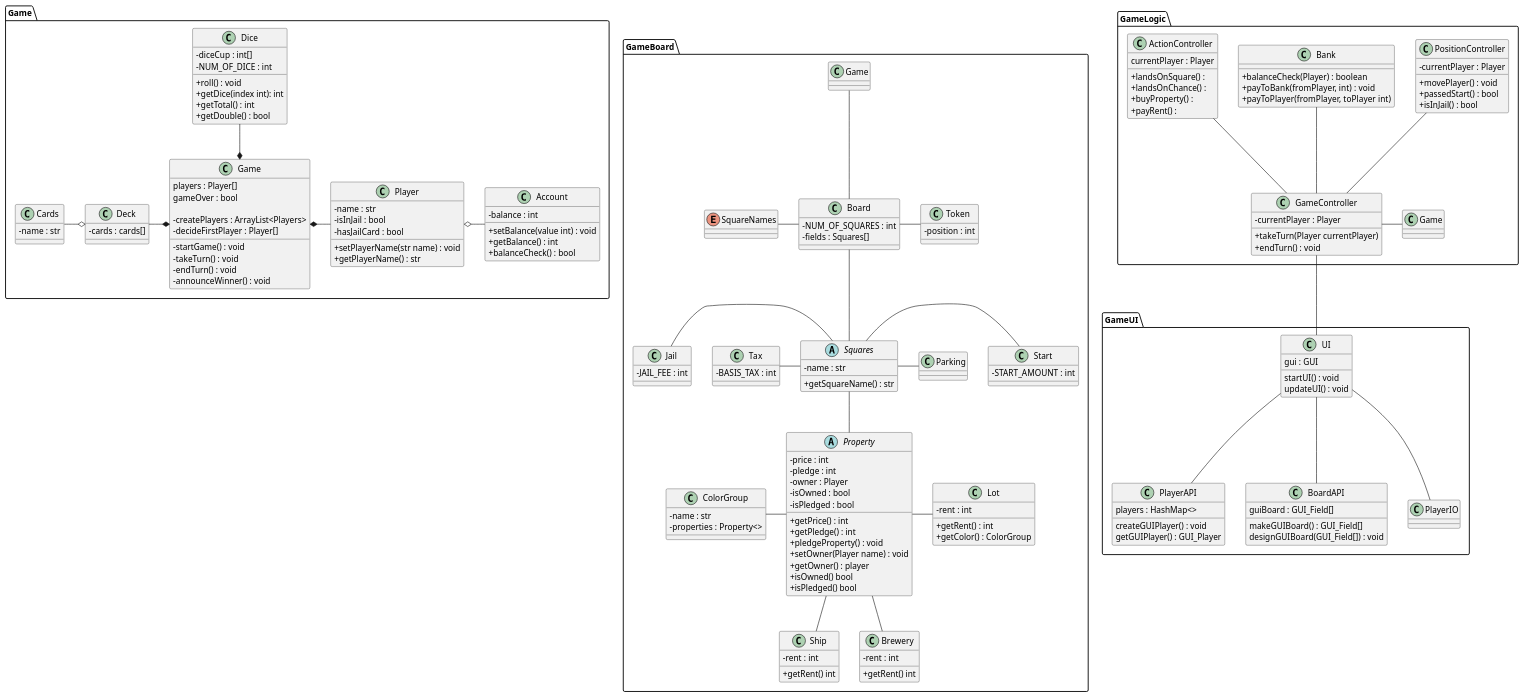
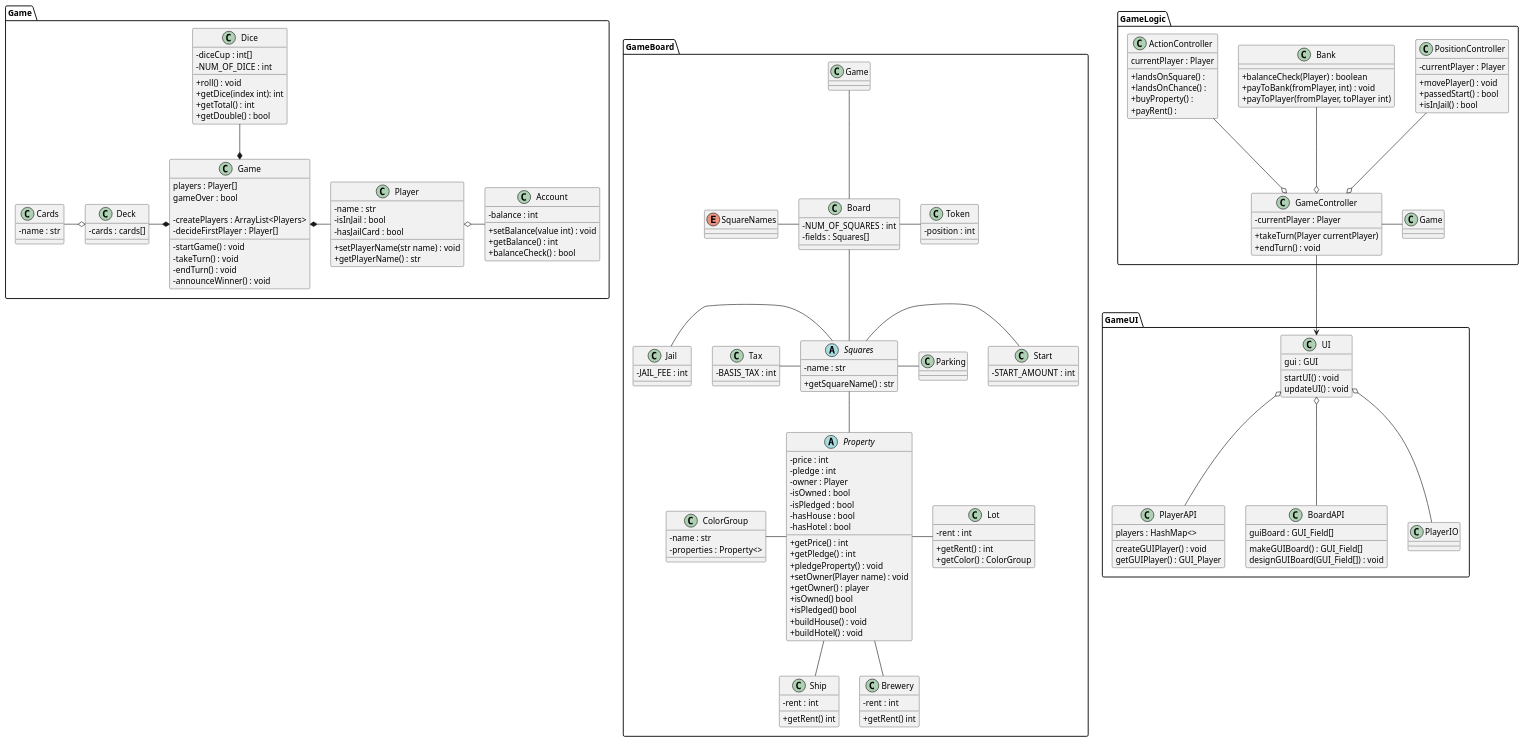
One commit to hotbear1110/IP_Project changed the diagram in src/main/Resources/ClassDiagram.puml. Above: the diagram before and after it, drawn with PlantUML. The commit also changed 1 other file, not shown here.

Commit message:
Class Diagram sketch - small changes

```diff
--- a/src/main/Resources/ClassDiagram.puml
+++ b/src/main/Resources/ClassDiagram.puml
@@ -84,6 +84,8 @@
         - owner : Player
         - isOwned : bool
         - isPledged : bool
+        - hasHouse : bool
+        - hasHotel : bool
 
         + getPrice() : int
         + getPledge() : int
@@ -92,6 +94,8 @@
         + getOwner() : player
         + isOwned() bool
         + isPledged() bool
+        + buildHouse() : void
+        + buildHotel() : void
 
     }
 
@@ -182,9 +186,9 @@
     }
 
     Game -l- GameController
-    GameController -u- ActionController
-    GameController -u- Bank
-    GameController -u- PositionController
+    GameController o-u- ActionController
+    GameController o-u- Bank
+    GameController o-u- PositionController
 }
 
 package GameUI {
@@ -211,10 +215,10 @@
     }
 
     class PlayerIO {}
-    GameController -d- UI
-    UI -d- PlayerAPI
-    UI -d- BoardAPI
-    UI -d- PlayerIO
+    GameController -d-> UI
+    UI o-d- PlayerAPI
+    UI o-d- BoardAPI
+    UI o-d- PlayerIO
 }
 
 
```
